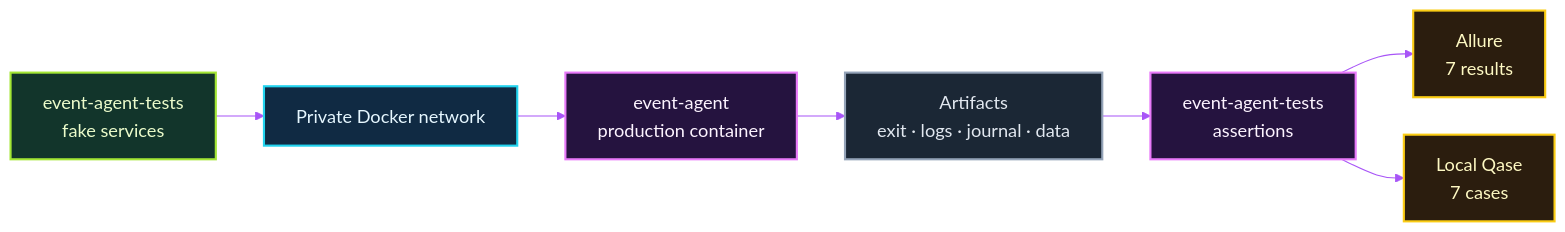
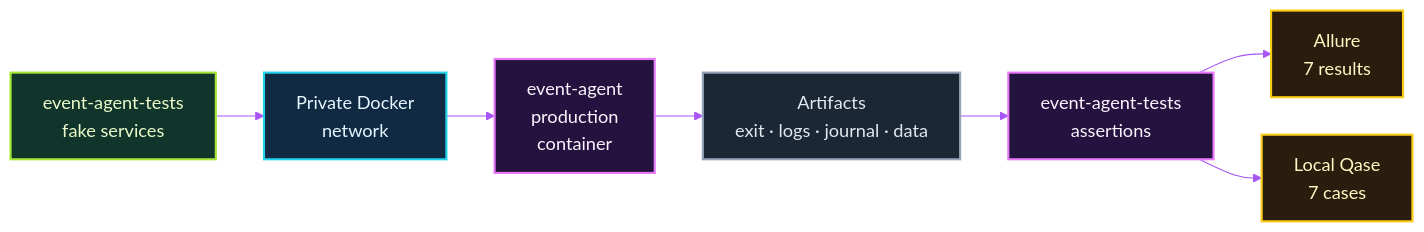
One commit to michalmarczuk/event-agent changed the second of 3 diagrams in docs/TESTING.md. Above: the diagram before and after it, drawn with Mermaid. The commit also changed other lines of this file and 3 other files, not shown here.

Commit message:
Improve Mermaid readability and simplify README flow

````diff
--- a/docs/TESTING.md
+++ b/docs/TESTING.md
@@ -78,21 +78,21 @@
 ```mermaid
 %%{init: {'theme': 'base', 'themeVariables': {'background': '#07111f', 'primaryColor': '#102a43', 'primaryTextColor': '#e6f7ff', 'primaryBorderColor': '#22d3ee', 'secondaryColor': '#25133f', 'tertiaryColor': '#12352b', 'lineColor': '#a855f7', 'fontFamily': 'ui-sans-serif, system-ui', 'fontSize': '17px'}, 'flowchart': {'nodeSpacing': 35, 'rankSpacing': 45}}}%%
 flowchart LR
-    fake["event-agent-tests\nfake services"] --> network["Private Docker network"]
-    network --> sut["event-agent\nproduction container"]
+    fake["event-agent-tests\nfake services"] --> network["Private Docker<br/>network"]
+    network --> sut["event-agent\nproduction<br/>container"]
     sut --> artifacts["Artifacts\nexit · logs · journal · data"]
     artifacts --> assertions["event-agent-tests\nassertions"]
     assertions --> allure["Allure\n7 results"]
     assertions --> qase["Local Qase\n7 cases"]
 
     classDef lime fill:#12352b,stroke:#a3e635,color:#ecfccb,stroke-width:2px;
     classDef boundary fill:#102a43,stroke:#22d3ee,color:#e6f7ff,stroke-width:2px;
     classDef violet fill:#25133f,stroke:#e879f9,color:#fdf4ff,stroke-width:2px;
     classDef artifact fill:#1b2735,stroke:#94a3b8,color:#e2e8f0,stroke-width:2px;
     classDef report fill:#2b1d0e,stroke:#facc15,color:#fef9c3,stroke-width:2px;
     class fake lime;
     class network boundary;
     class sut,assertions violet;
     class artifacts artifact;
     class allure,qase report;
 ```
````
